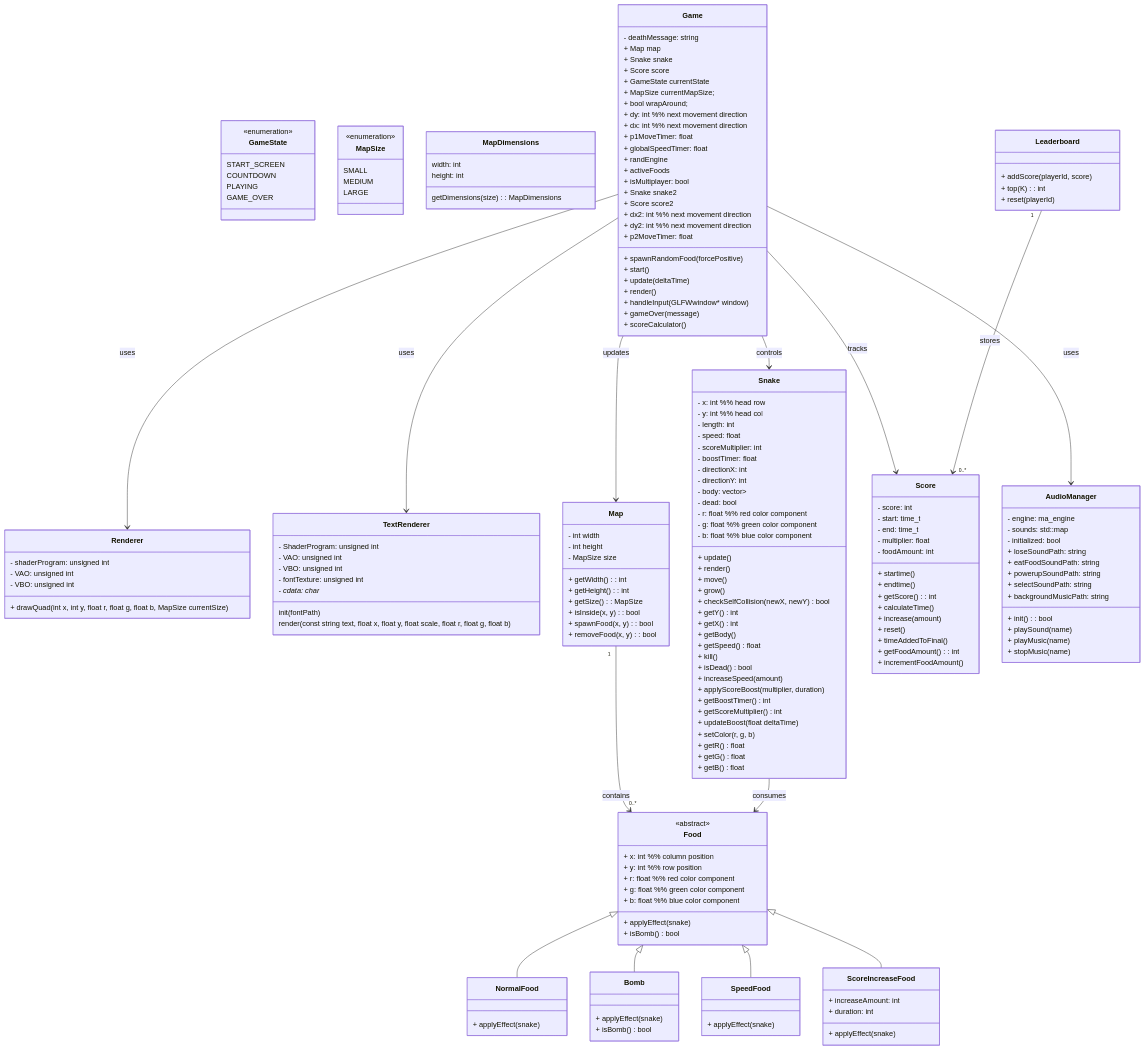
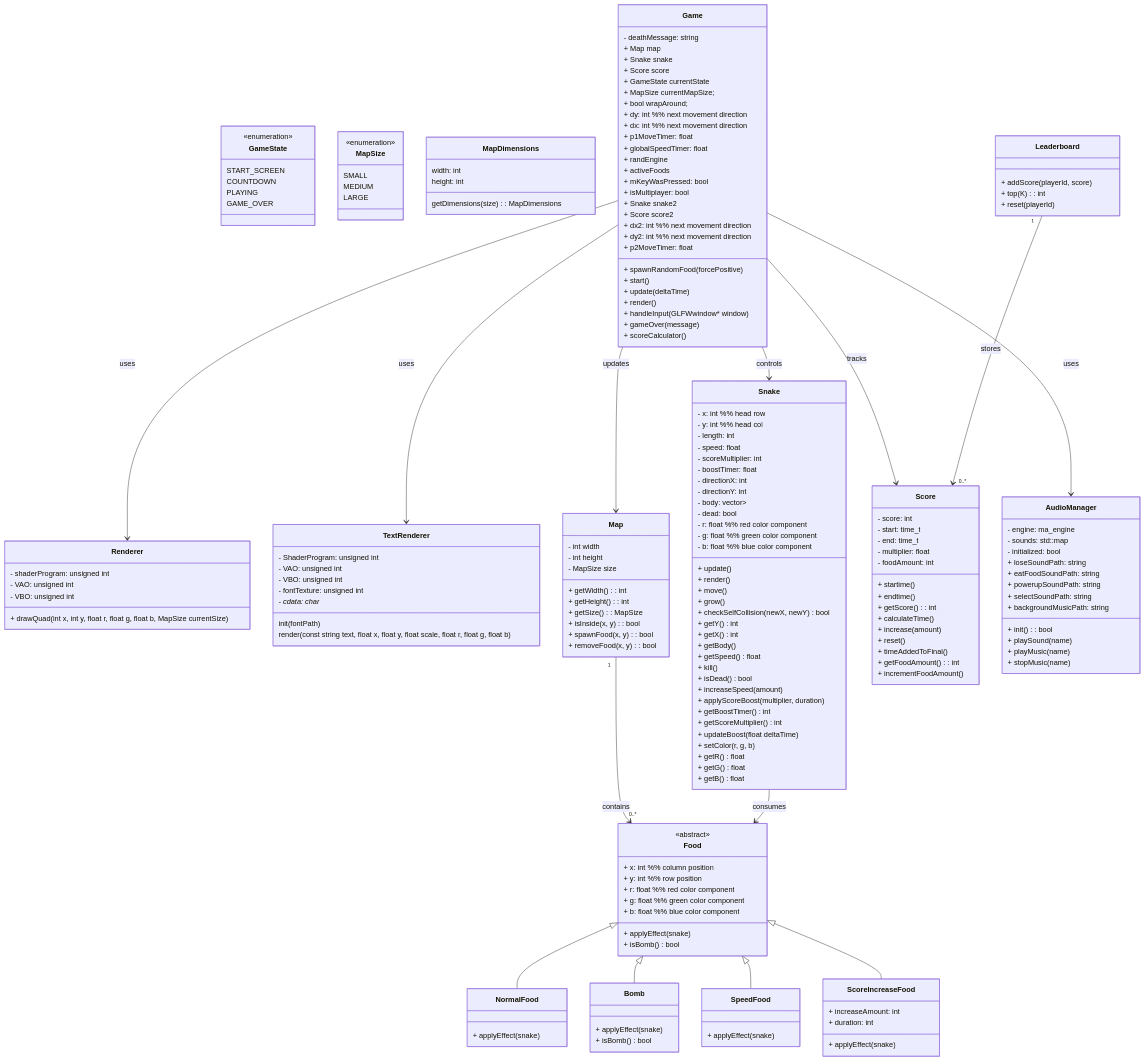
The diagram in README.md (KhioneWinter/PA5-Snake), drawn with Mermaid before and after one commit. The commit also changed 2 other files, not shown here.

Commit message:
fixing the frame rate of pressing multiplayer toggle

```diff
--- a/README.md
+++ b/README.md
@@ -229,6 +229,7 @@
     + scoreCalculator()
 
     %% multiplayer attributes
+    + mKeyWasPressed: bool
     + isMultiplayer: bool
     + Snake snake2
     + Score score2
```
